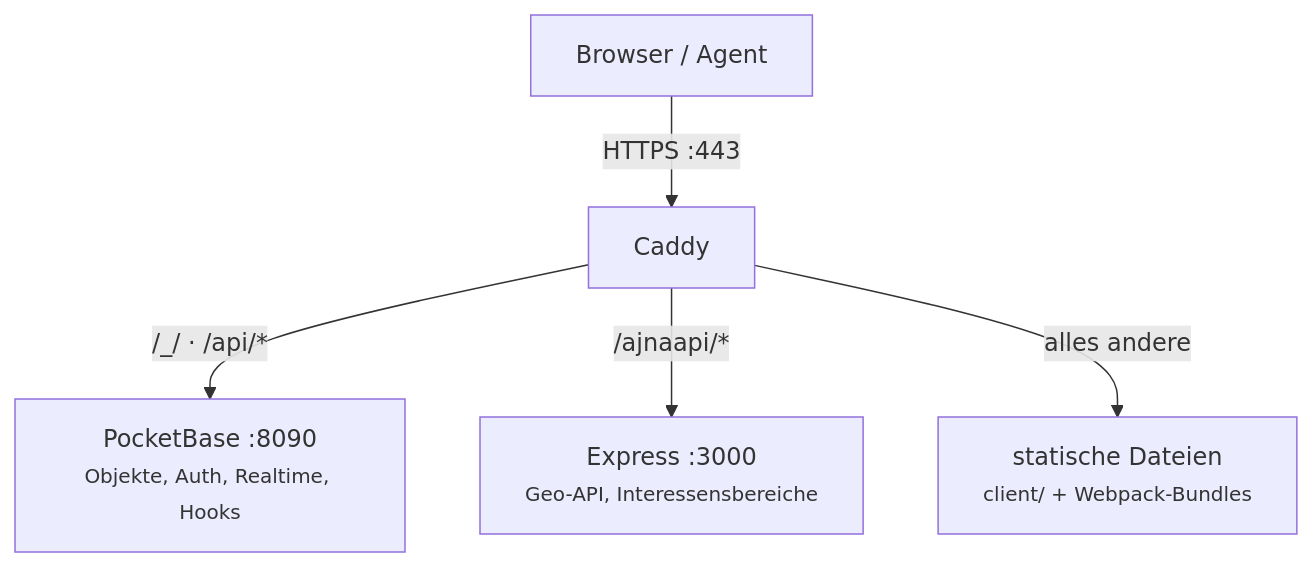
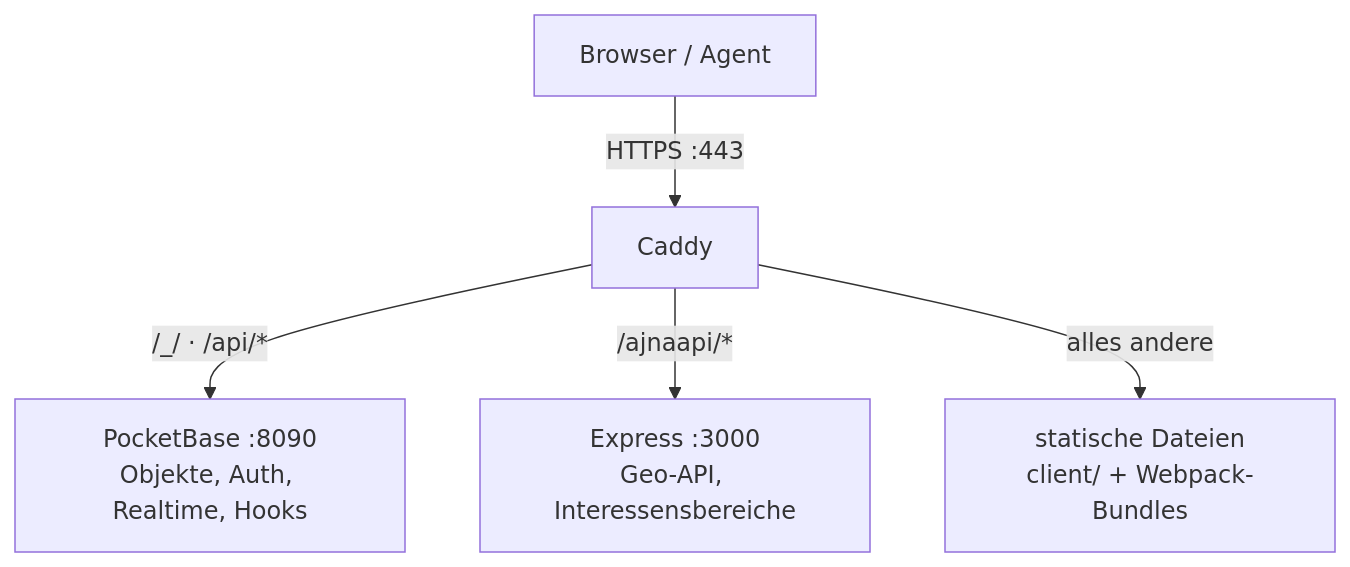
Before and after one commit to blckwngd/Ajna: the diagram in wiki/Server-betreiben.md, drawn with Mermaid. The commit also changed other lines of this file and 11 other files, not shown here.

````diff
--- a/wiki/Server-betreiben.md
+++ b/wiki/Server-betreiben.md
@@ -5,7 +9,7 @@
 ```mermaid
 flowchart TD
   B["Browser / Agent"] -->|"HTTPS :443"| C["Caddy"]
-  C -->|"/_/ · /api/*"| PB["PocketBase :8090<br/><small>Objekte, Auth, Realtime, Hooks</small>"]
-  C -->|"/ajnaapi/*"| EX["Express :3000<br/><small>Geo-API, Interessensbereiche</small>"]
-  C -->|"alles andere"| ST["statische Dateien<br/><small>client/ + Webpack-Bundles</small>"]
+  C -->|"/_/ · /api/*"| PB["PocketBase :8090<br/>Objekte, Auth, Realtime, Hooks"]
+  C -->|"/ajnaapi/*"| EX["Express :3000<br/>Geo-API, Interessensbereiche"]
+  C -->|"alles andere"| ST["statische Dateien<br/>client/ + Webpack-Bundles"]
 ```
````
